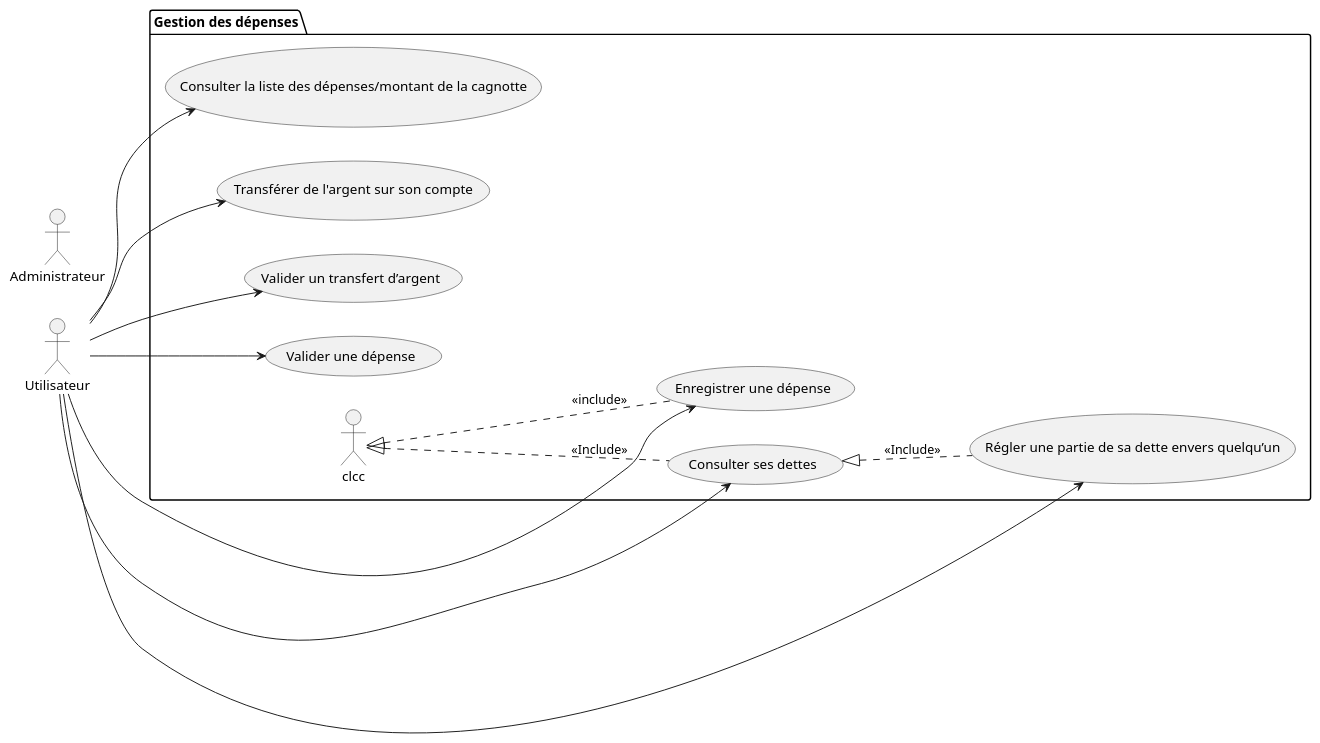
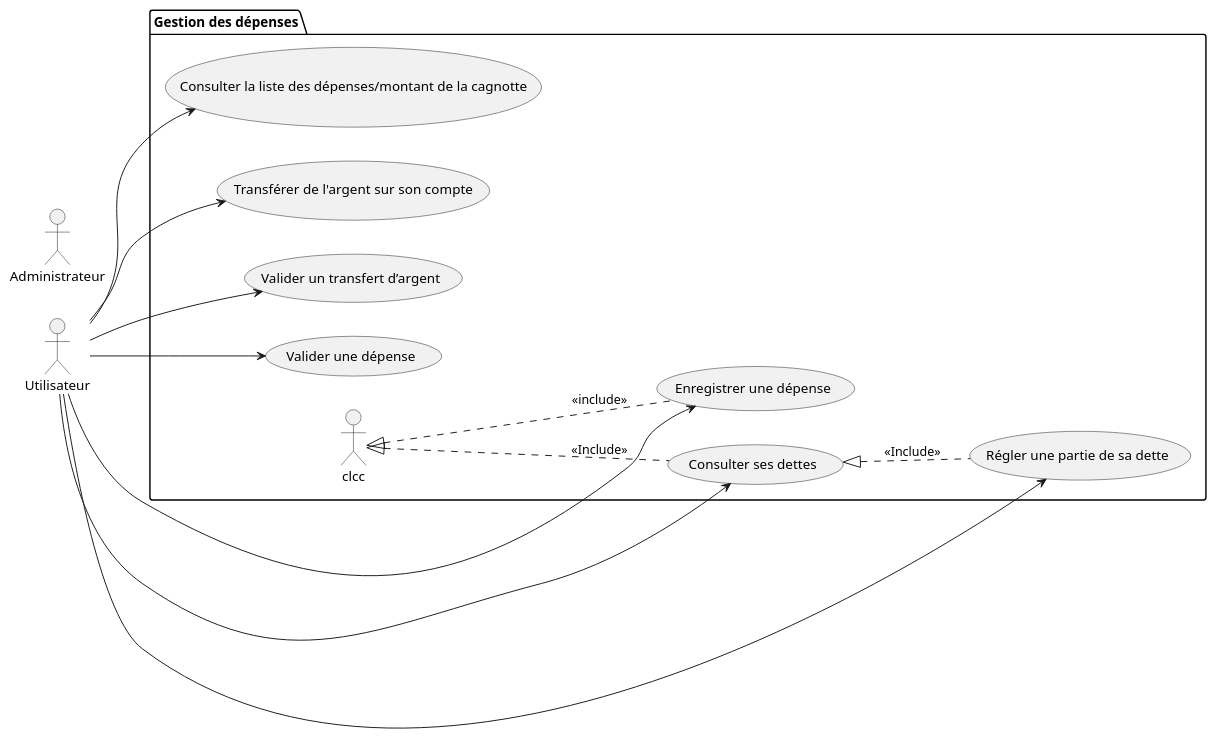
Before and after one commit to lmtb06/sharecount: the diagram in diagrammes/specification/cas-utilisation/package-gestiondesdepenses.puml, drawn with PlantUML. The commit also changed 7 other files, not shown here.

Commit message:
regler partie dette et consulter transactions

```diff
--- a/diagrammes/specification/cas-utilisation/package-gestiondesdepenses.puml
+++ b/diagrammes/specification/cas-utilisation/package-gestiondesdepenses.puml
@@ -1,30 +1,30 @@
 @startuml Cas utilisation - Gestion des dépenses
 left to right direction
 
 actor "Utilisateur" as User
 
 actor "Administrateur" as Admin
 
 package "Gestion des dépenses"{
         usecase "Enregistrer une dépense" as eud
         usecase "Consulter la liste des dépenses/montant de la cagnotte" as cllddmdlc
         usecase "Transférer de l'argent sur son compte" as tdassc
         usecase "Valider un transfert d’argent" as vuta
         usecase "Valider une dépense" as vud
         usecase "Consulter ses dettes" as csd
 				clcc <|.. csd : <<Include>>
-        usecase "Régler une partie de sa dette envers quelqu’un" as rpd
+        usecase "Régler une partie de sa dette" as rpd
 				csd <|.. rpd : <<Include>>
 }
 
 User --> eud
 User --> cllddmdlc
 User --> tdassc
 User --> vuta
 User --> vud
 User --> csd
 User --> rpd
 
 clcc <|.. eud : <<include>>
 
 @enduml
```
